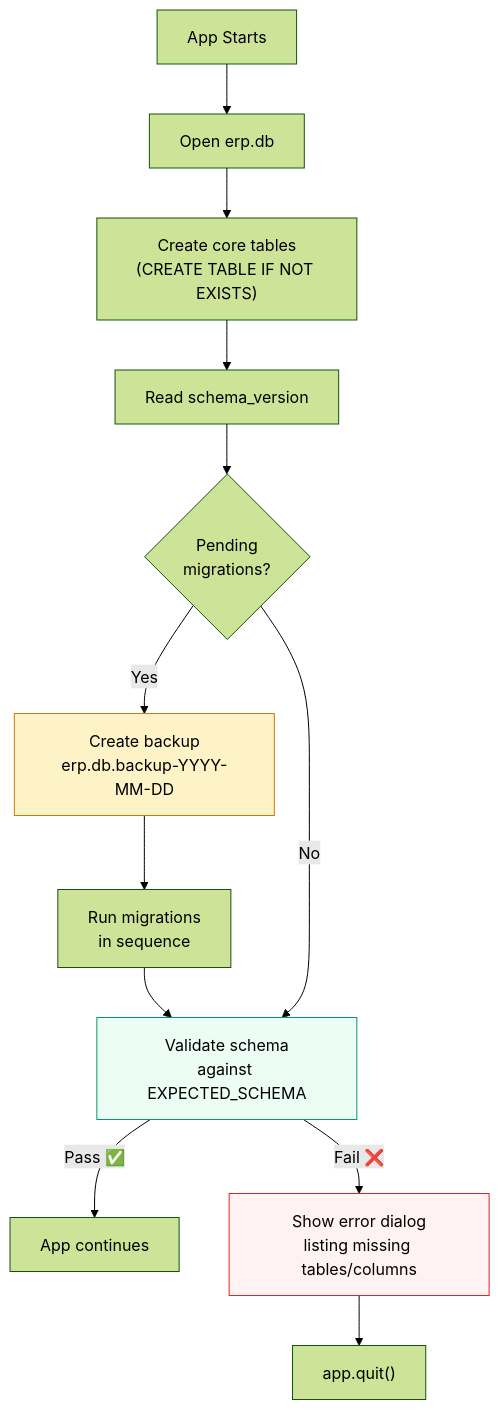
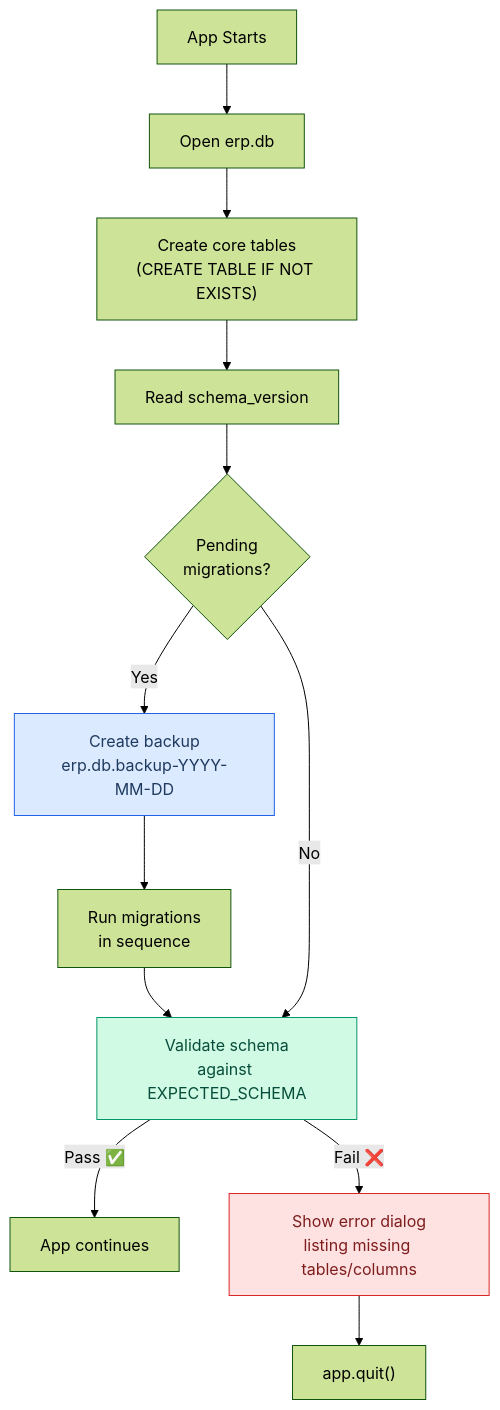
Before and after one commit to agrawalvansh/ags-erp-desktop: the tenth of 10 diagrams in README.md, drawn with Mermaid (forest theme). The commit also changed other lines of this file and 1 other file, not shown here.

````diff
--- a/README.md
+++ b/README.md
@@ -551,18 +551,18 @@
 ```mermaid
 flowchart TD
     A["App Starts"] --> B["Open erp.db"]
     B --> C["Create core tables<br/>(CREATE TABLE IF NOT EXISTS)"]
     C --> D["Read schema_version"]
     D --> E{"Pending<br/>migrations?"}
     E -->|Yes| F["Create backup<br/>erp.db.backup-YYYY-MM-DD"]
     F --> G["Run migrations<br/>in sequence"]
     G --> H["Validate schema<br/>against EXPECTED_SCHEMA"]
     E -->|No| H
     H -->|Pass ✅| I["App continues"]
     H -->|Fail ❌| J["Show error dialog<br/>listing missing tables/columns"]
     J --> K["app.quit()"]
 
-    style F fill:#FEF3C7,stroke:#D97706
-    style H fill:#ECFDF5,stroke:#059669
-    style J fill:#FEF2F2,stroke:#DC2626
+    style F fill:#DBEAFE,stroke:#2563EB,color:#1E3A5F
+    style H fill:#D1FAE5,stroke:#059669,color:#064E3B
+    style J fill:#FEE2E2,stroke:#DC2626,color:#7F1D1D
 ```
````
